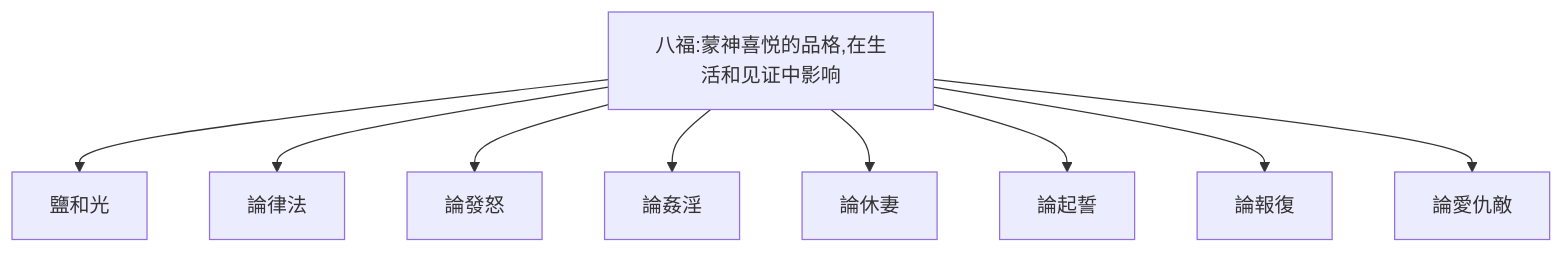
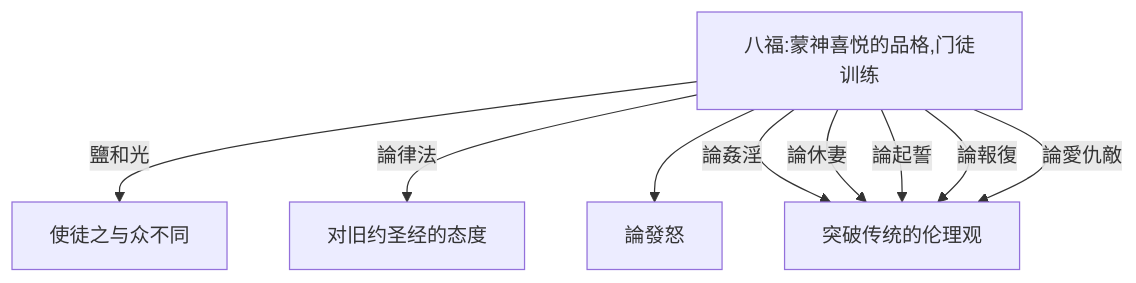
The fourth of 4 diagrams in Matthew.md (whysolution/bible_reading), drawn with Mermaid before and after one commit. The commit also changed other lines of this file, not shown here.

````diff
--- a/Matthew.md
+++ b/Matthew.md
@@ -445,12 +445,13 @@
 ```mermaid
 flowchart TD
-B[八福:蒙神喜悦的品格,在生活和见证中影响]
-B-->鹽和光
-B-->論律法
+B[八福:蒙神喜悦的品格,门徒训练]
+C[突破传统的伦理观]
+B--鹽和光-->使徒之与众不同
+B--論律法-->对旧约圣经的态度
 B-->論發怒
-B-->論姦淫
-B-->論休妻
-B-->論起誓
-B-->論報復
-B-->論愛仇敵
+B--論姦淫-->C
+B--論休妻-->C
+B--論起誓-->C
+B--論報復-->C
+B--論愛仇敵-->C
 ```
````
